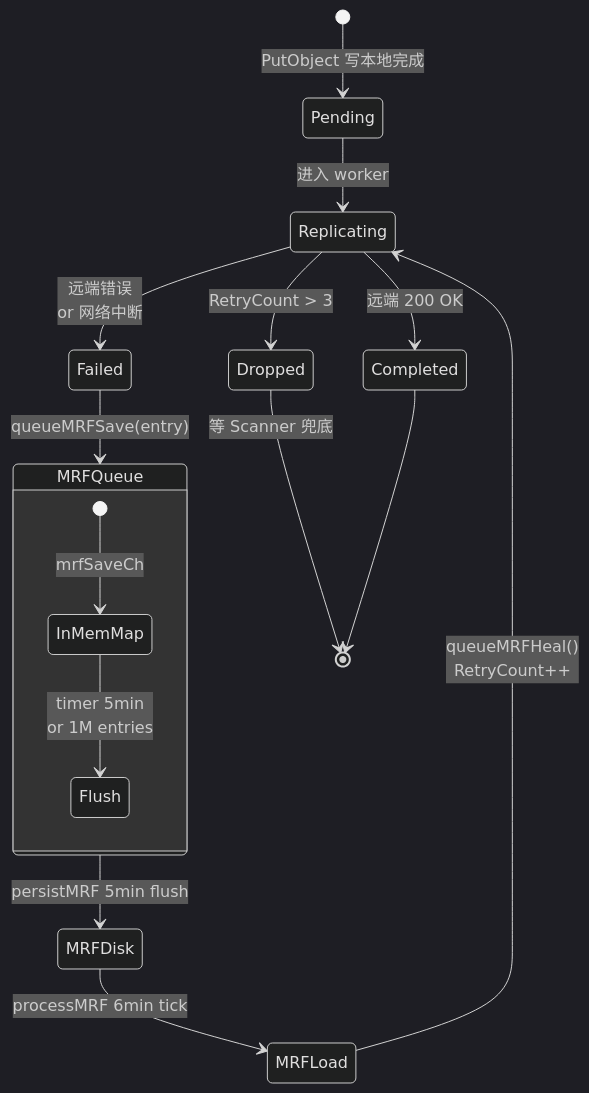
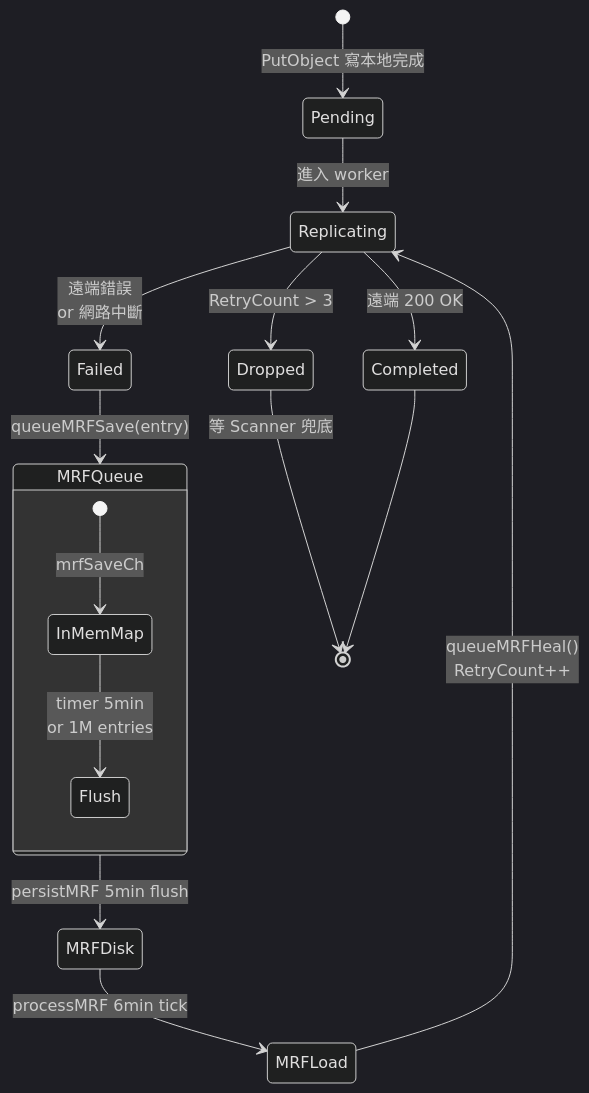
Before and after one commit to cysu01/minio: the third of 8 diagrams in repo-analysis/drafts/06-module-replication.md, drawn with Mermaid (dark theme). The commit also changed other lines of this file and 14 other files, not shown here.

````diff
--- a/repo-analysis/drafts/06-module-replication.md
+++ b/repo-analysis/drafts/06-module-replication.md
@@ -193,19 +193,19 @@
 ```mermaid
 stateDiagram-v2
-    [*] --> Pending: PutObject 写本地完成
-    Pending --> Replicating: 进入 worker
-    Replicating --> Completed: 远端 200 OK
-    Replicating --> Failed: 远端错误<br/>or 网络中断
+    [*] --> Pending: PutObject 寫本地完成
+    Pending --> Replicating: 進入 worker
+    Replicating --> Completed: 遠端 200 OK
+    Replicating --> Failed: 遠端錯誤<br/>or 網路中斷
     Failed --> MRFQueue: queueMRFSave(entry)
     MRFQueue --> MRFDisk: persistMRF 5min flush
     MRFDisk --> MRFLoad: processMRF 6min tick
     MRFLoad --> Replicating: queueMRFHeal()<br/>RetryCount++
     Replicating --> Dropped: RetryCount > 3
     Dropped --> [*]: 等 Scanner 兜底
     Completed --> [*]
     
     state MRFQueue {
         [*] --> InMemMap: mrfSaveCh
         InMemMap --> Flush: timer 5min<br/>or 1M entries
     }
 ```
````
